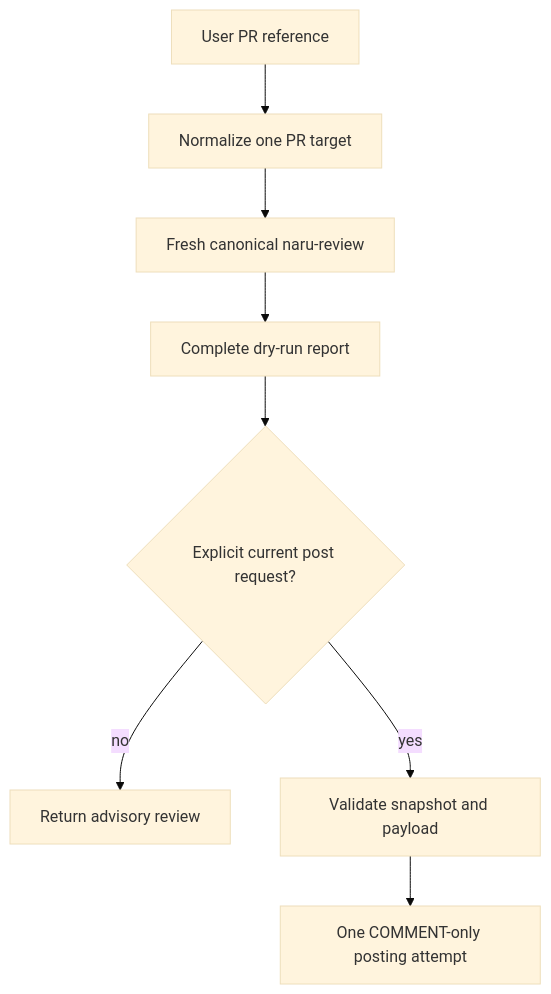
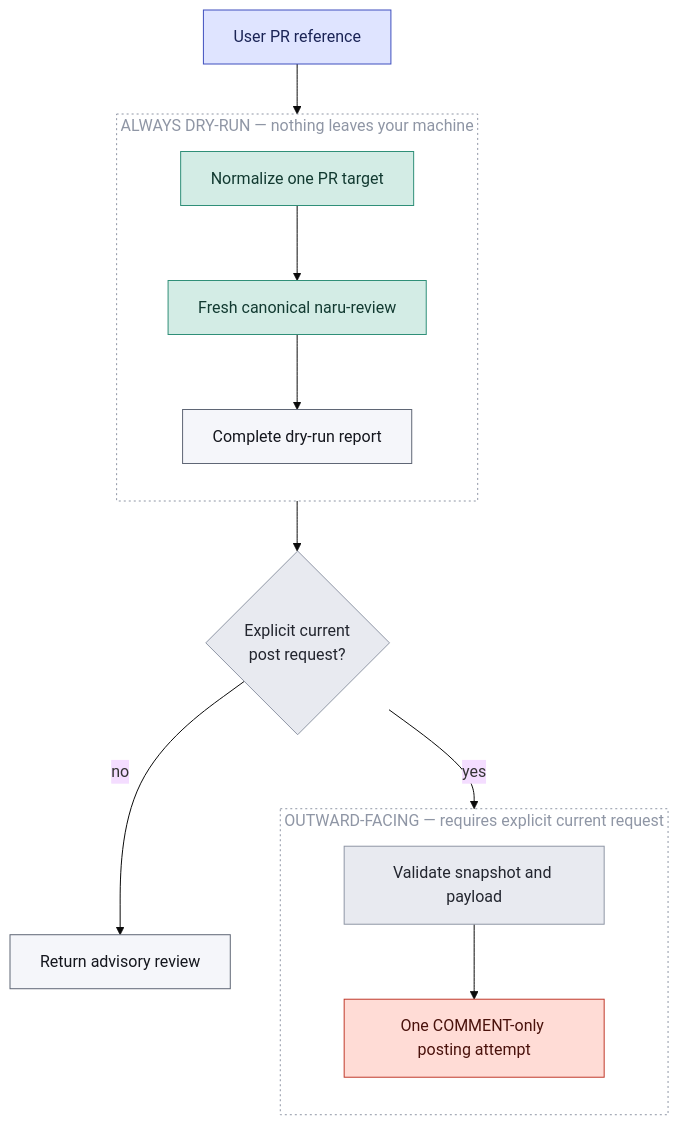
The diagram in docs/src/content/docs/workflows/review-lane.md (sean35mm/naru-opencode), drawn with Mermaid (base theme) before and after one commit. The commit also changed other lines of this file and 18 other files, not shown here.

First line of the commit message:
docs: redesign documentation site and diagrams

````diff
--- a/docs/src/content/docs/workflows/review-lane.md
+++ b/docs/src/content/docs/workflows/review-lane.md
@@ -8,10 +8,33 @@
 ```mermaid
-flowchart TD
-  A[User PR reference] --> B[Normalize one PR target]
-  B --> C[Fresh canonical naru-review]
-  C --> D[Complete dry-run report]
-  D --> E{Explicit current post request?}
-  E -->|no| F[Return advisory review]
-  E -->|yes| G[Validate snapshot and payload]
-  G --> H[One COMMENT-only posting attempt]
+flowchart TB
+  A["User PR reference"]:::entry
+
+  subgraph dry["ALWAYS DRY-RUN — nothing leaves your machine"]
+    direction TB
+    B["Normalize one PR target"]:::read
+    C["Fresh canonical naru-review"]:::read
+    D["Complete dry-run report"]:::artifact
+  end
+
+  E{"Explicit current<br/>post request?"}:::gate
+  F["Return advisory review"]:::artifact
+
+  subgraph post["OUTWARD-FACING — requires explicit current request"]
+    direction TB
+    G["Validate snapshot and payload"]:::gate
+    H["One COMMENT-only posting attempt"]:::danger
+  end
+
+  A --> B --> C --> D --> E
+  E -->|no| F
+  E -->|yes| G --> H
+
+  style dry fill:none,stroke:#8f96a5,stroke-dasharray:2 3,color:#8f96a5
+  style post fill:none,stroke:#8f96a5,stroke-dasharray:2 3,color:#8f96a5
+
+  classDef entry fill:#dfe4ff,stroke:#3f4fbe,color:#1b2456
+  classDef read fill:#d3ece5,stroke:#2f8f78,color:#123a31
+  classDef gate fill:#e8eaf0,stroke:#8f96a5,color:#22252e
+  classDef danger fill:#ffdcd6,stroke:#c0392b,color:#4a120c
+  classDef artifact fill:#f5f6fa,stroke:#5f6675,color:#14161d
 ```
````
